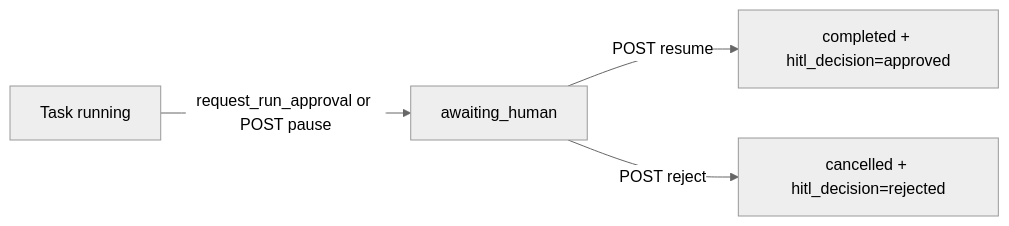
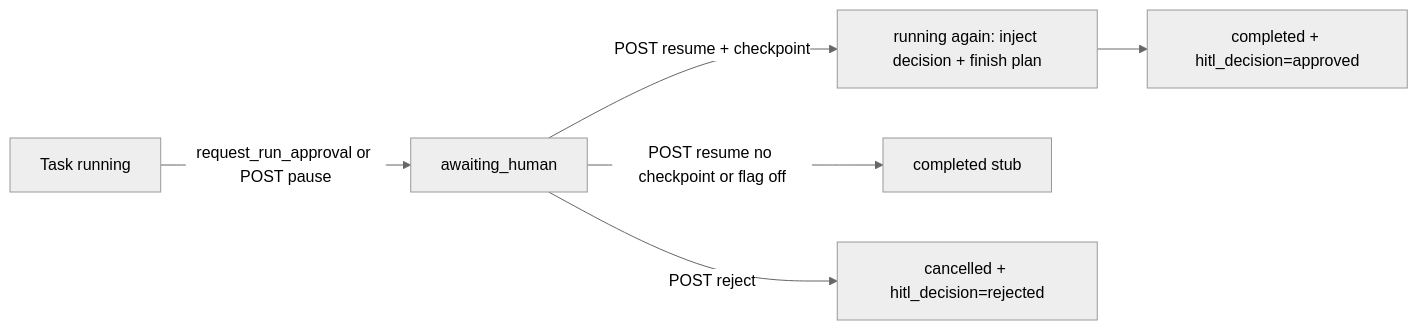
One commit to jahonn/ProAgent-OS changed the third of 5 diagrams in docs/ARCHITECTURE.md. Above: the diagram before and after it, drawn with Mermaid (neutral theme). The commit also changed other lines of this file and 13 other files, not shown here.

First line of the commit message:
feat(hitl): mid-loop resume after approve with durable checkpoint (#35)

````diff
--- a/docs/ARCHITECTURE.md
+++ b/docs/ARCHITECTURE.md
@@ -73,6 +75,8 @@
 ```mermaid
 flowchart LR
   run[Task running] -->|request_run_approval or POST pause| pause[awaiting_human]
-  pause -->|POST resume| done[completed + hitl_decision=approved]
+  pause -->|POST resume + checkpoint| cont[running again: inject decision + finish plan]
+  cont --> done[completed + hitl_decision=approved]
+  pause -->|POST resume no checkpoint or flag off| stub[completed stub]
   pause -->|POST reject| cancel[cancelled + hitl_decision=rejected]
 ```
````
